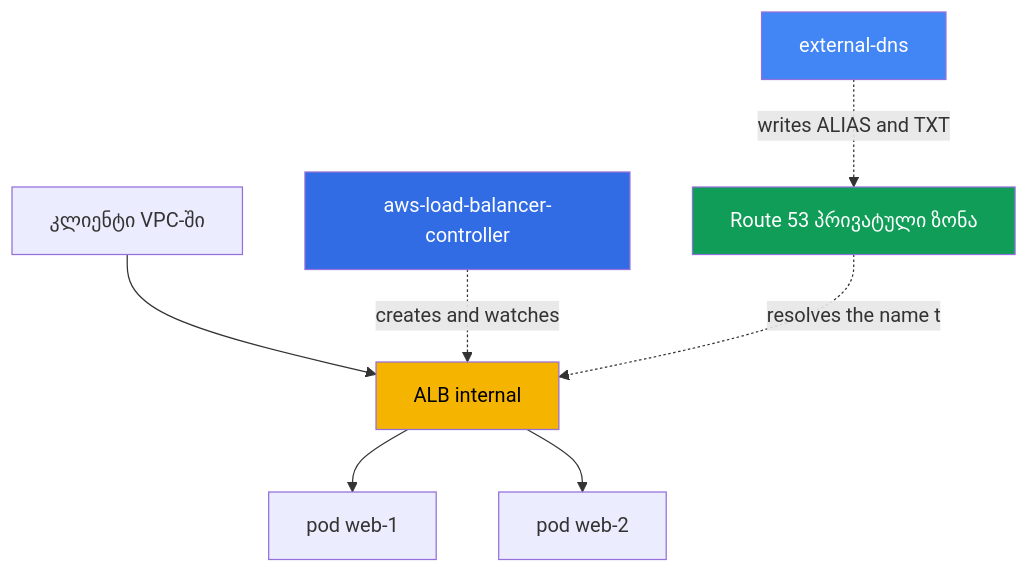
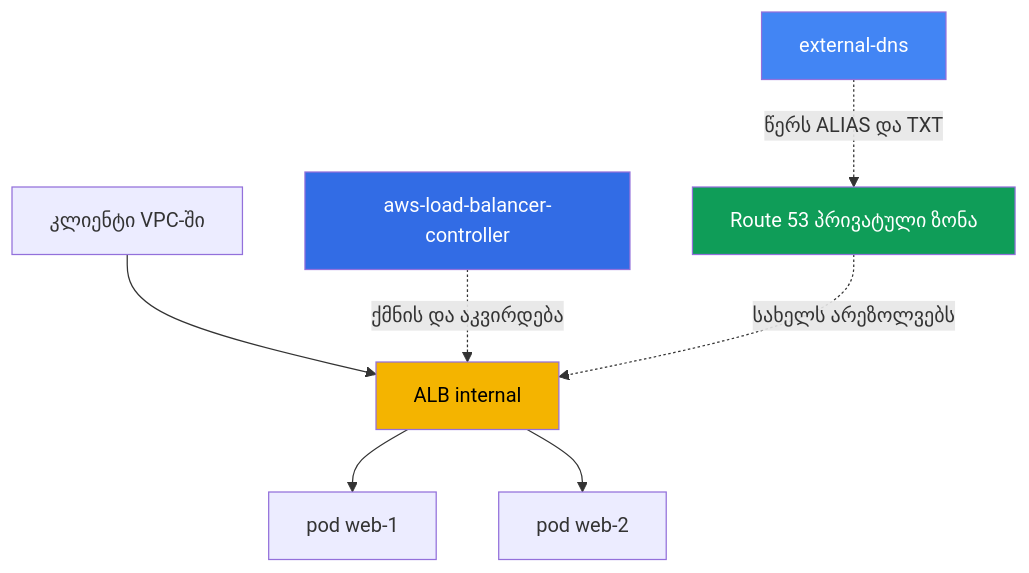
Before and after one commit to ViktorUJ/cks: the first of 2 diagrams in tasks/eks/labs/109/README_GE.MD, drawn with Mermaid. The commit also changed other lines of this file and 221 other files, not shown here.

````diff
--- a/tasks/eks/labs/109/README_GE.MD
+++ b/tasks/eks/labs/109/README_GE.MD
@@ -50,20 +50,20 @@
 ```mermaid
 flowchart TB
     client["კლიენტი VPC-ში"]
     alb["ALB internal"]
     lbc["aws-load-balancer-controller"]
     pod1["pod web-1"]
     pod2["pod web-2"]
     extdns["external-dns"]
     r53["Route 53 პრივატული ზონა"]
     client --> alb
     alb --> pod1
     alb --> pod2
-    lbc -.creates and watches.-> alb
-    extdns -.writes ALIAS and TXT.-> r53
-    r53 -.resolves the name to.-> alb
+    lbc -."ქმნის და აკვირდება".-> alb
+    extdns -."წერს ALIAS და TXT".-> r53
+    r53 -."სახელს არეზოლვებს".-> alb
     style alb fill:#f4b400,color:#000
     style lbc fill:#326ce5,color:#fff
     style extdns fill:#4285f4,color:#fff
     style r53 fill:#0f9d58,color:#fff
 ```
````
